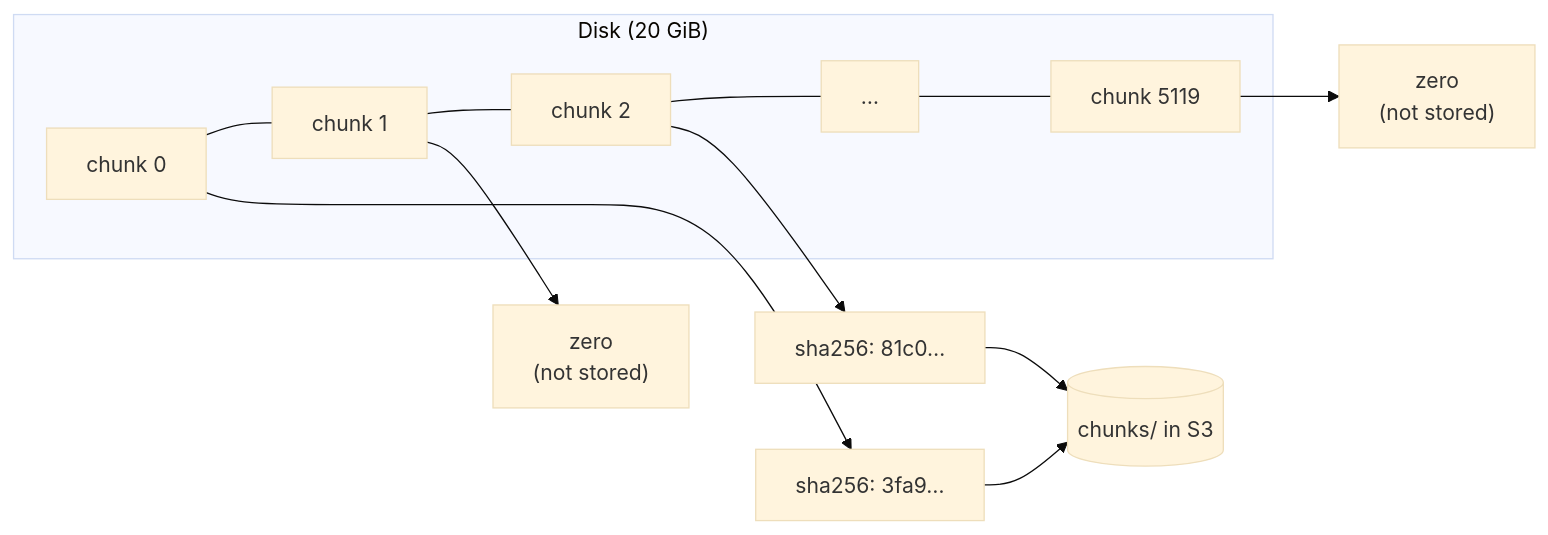
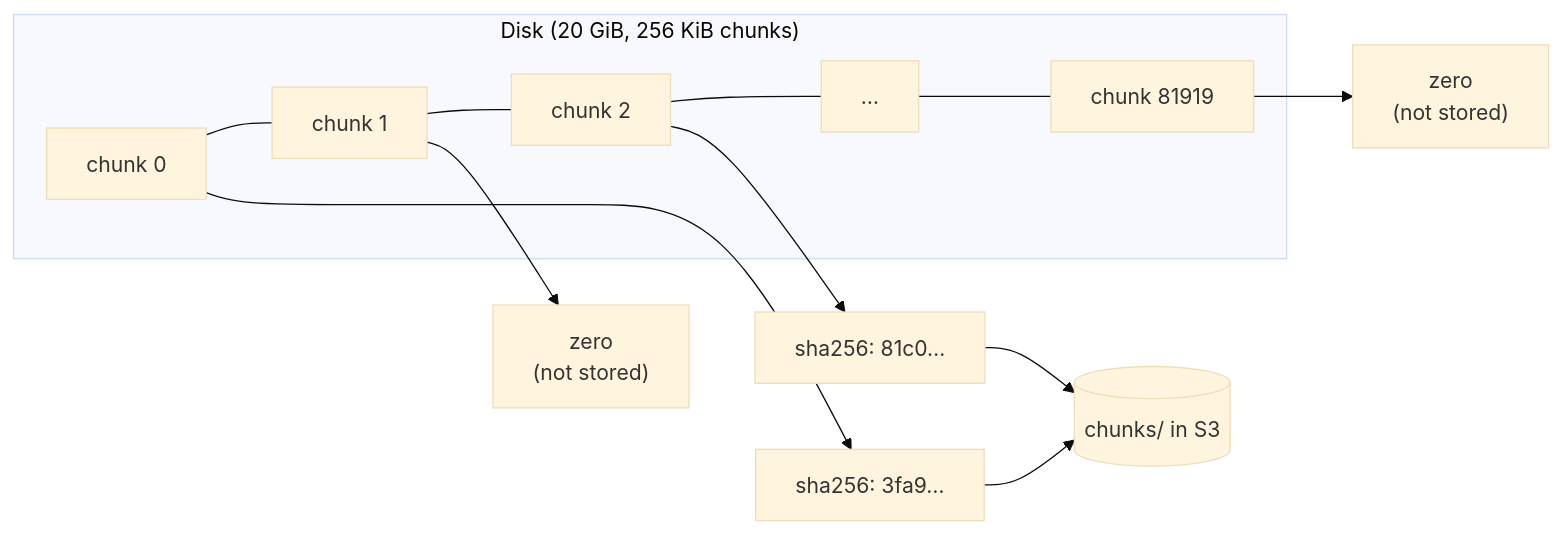
One commit to tanmoysrt/mica changed the second of 10 diagrams in docs/architecture.md. Above: the diagram before and after it, drawn with Mermaid (base theme). The commit also changed other lines of this file and 38 other files, not shown here.

````diff
--- a/docs/architecture.md
+++ b/docs/architecture.md
@@ -60,11 +63,11 @@
 ```mermaid
 flowchart LR
-    subgraph disk["Disk (20 GiB)"]
-        c0["chunk 0"] --- c1["chunk 1"] --- c2["chunk 2"] --- cdots["…"] --- c5119["chunk 5119"]
+    subgraph disk["Disk (20 GiB, 256 KiB chunks)"]
+        c0["chunk 0"] --- c1["chunk 1"] --- c2["chunk 2"] --- cdots["…"] --- clast["chunk 81919"]
     end
     c0 --> h0["sha256: 3fa9…"]
     c1 --> z["zero<br/>(not stored)"]
     c2 --> h2["sha256: 81c0…"]
-    c5119 --> z2["zero<br/>(not stored)"]
+    clast --> z2["zero<br/>(not stored)"]
     h0 & h2 --> s3[("chunks/ in S3")]
 ```
````
